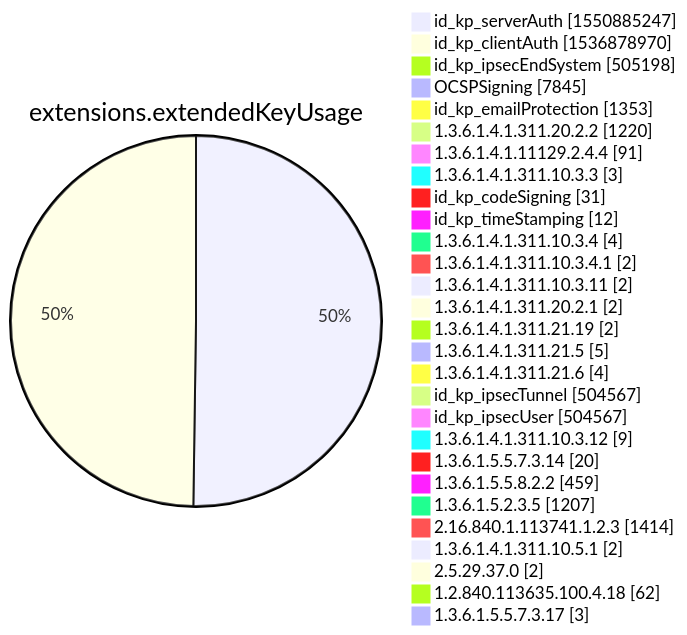
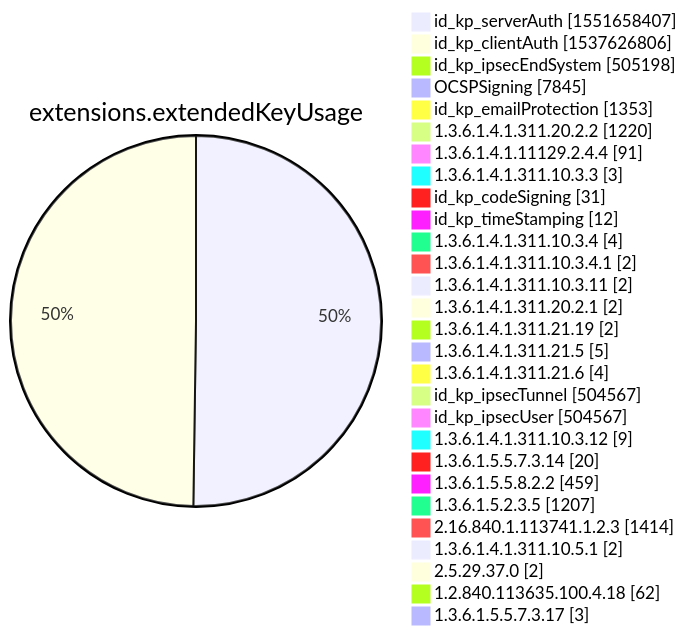
Diagram 12 of 15 in xenon2022/README.md (christiankrug/ctmonitor_visualization), drawn with Mermaid before and after one commit. The commit also changed other lines of this file, not shown here.

````diff
--- a/xenon2022/README.md
+++ b/xenon2022/README.md
@@ -3882,32 +3882,32 @@
 ```mermaid
 pie showData
 title extensions.extendedKeyUsage
-"id_kp_serverAuth" :1550885247
-"id_kp_clientAuth" :1536878970
+"id_kp_serverAuth" :1551658407
+"id_kp_clientAuth" :1537626806
 "id_kp_ipsecEndSystem" :505198
 "OCSPSigning" :7845
 "id_kp_emailProtection" :1353
 "1.3.6.1.4.1.311.20.2.2" :1220
 "1.3.6.1.4.1.11129.2.4.4" :91
 "1.3.6.1.4.1.311.10.3.3" :3
 "id_kp_codeSigning" :31
 "id_kp_timeStamping" :12
 "1.3.6.1.4.1.311.10.3.4" :4
 "1.3.6.1.4.1.311.10.3.4.1" :2
 "1.3.6.1.4.1.311.10.3.11" :2
 "1.3.6.1.4.1.311.20.2.1" :2
 "1.3.6.1.4.1.311.21.19" :2
 "1.3.6.1.4.1.311.21.5" :5
 "1.3.6.1.4.1.311.21.6" :4
 "id_kp_ipsecTunnel" :504567
 "id_kp_ipsecUser" :504567
 "1.3.6.1.4.1.311.10.3.12" :9
 "1.3.6.1.5.5.7.3.14" :20
 "1.3.6.1.5.5.8.2.2" :459
 "1.3.6.1.5.2.3.5" :1207
 "2.16.840.1.113741.1.2.3" :1414
 "1.3.6.1.4.1.311.10.5.1" :2
 "2.5.29.37.0" :2
 "1.2.840.113635.100.4.18" :62
 "1.3.6.1.5.5.7.3.17" :3
 ```
````
